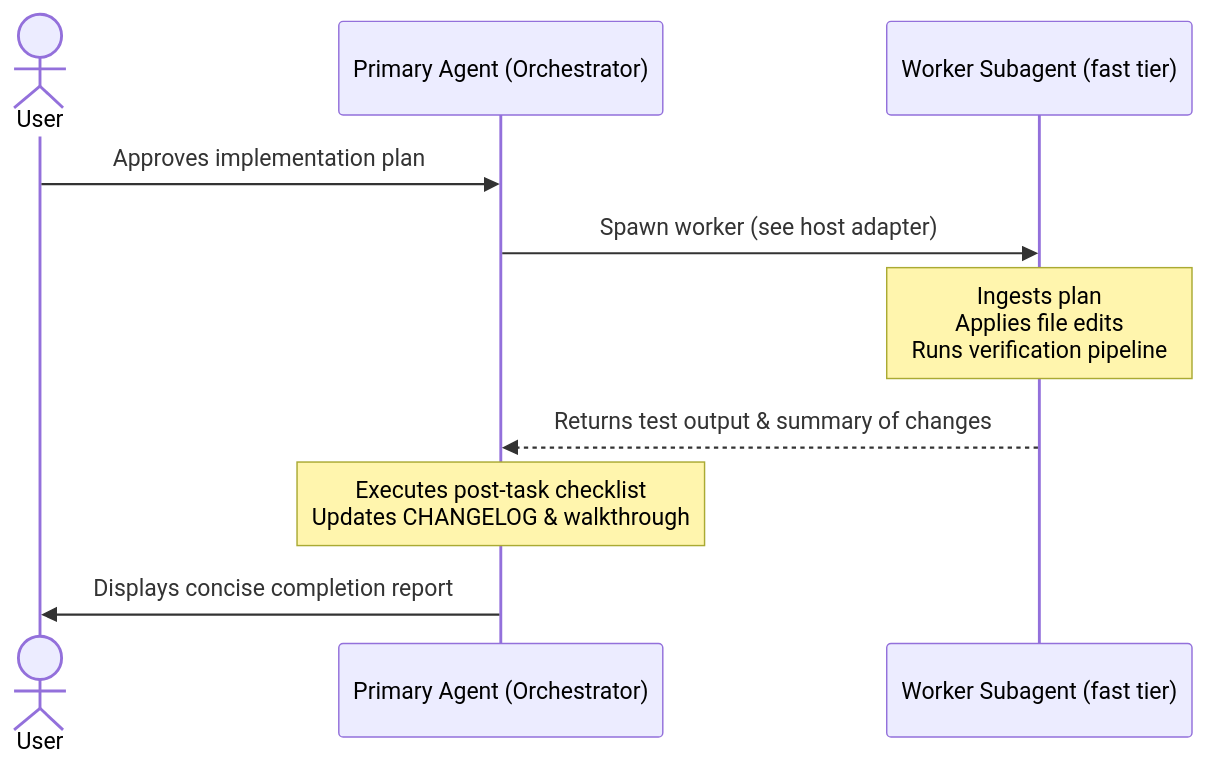
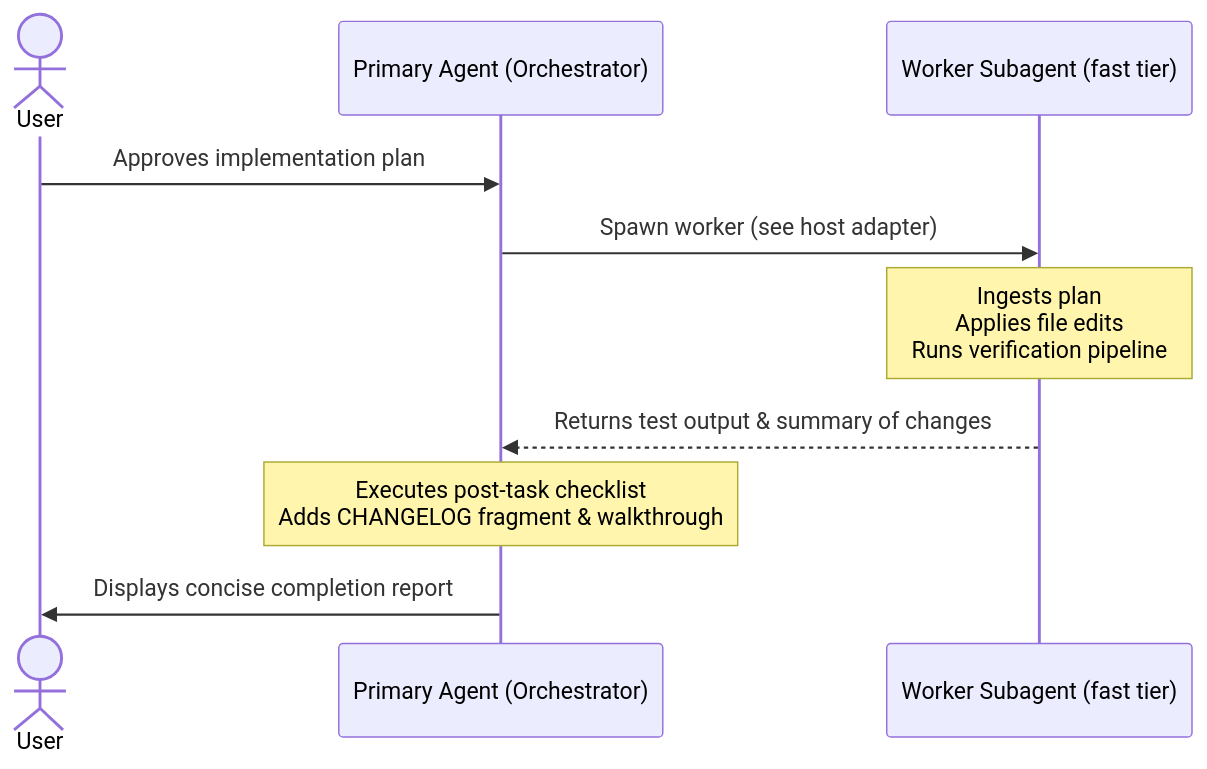
Before and after one commit to SteveRodrigue/MCD: the diagram in .agents/skills/execute-plan/SKILL.md, drawn with Mermaid. The commit also changed other lines of this file and 17 other files, not shown here.

````diff
--- a/.agents/skills/execute-plan/SKILL.md
+++ b/.agents/skills/execute-plan/SKILL.md
@@ -33,13 +33,13 @@
 ```mermaid
 sequenceDiagram
     actor User
     participant Primary as Primary Agent (Orchestrator)
     participant Subagent as Worker Subagent (fast tier)
 
     User->>Primary: Approves implementation plan
     Primary->>Subagent: Spawn worker (see host adapter)
     Note over Subagent: Ingests plan<br/>Applies file edits<br/>Runs verification pipeline
     Subagent-->>Primary: Returns test output & summary of changes
-    Note over Primary: Executes post-task checklist<br/>Updates CHANGELOG & walkthrough
+    Note over Primary: Executes post-task checklist<br/>Adds CHANGELOG fragment & walkthrough
     Primary->>User: Displays concise completion report
 ```
````
